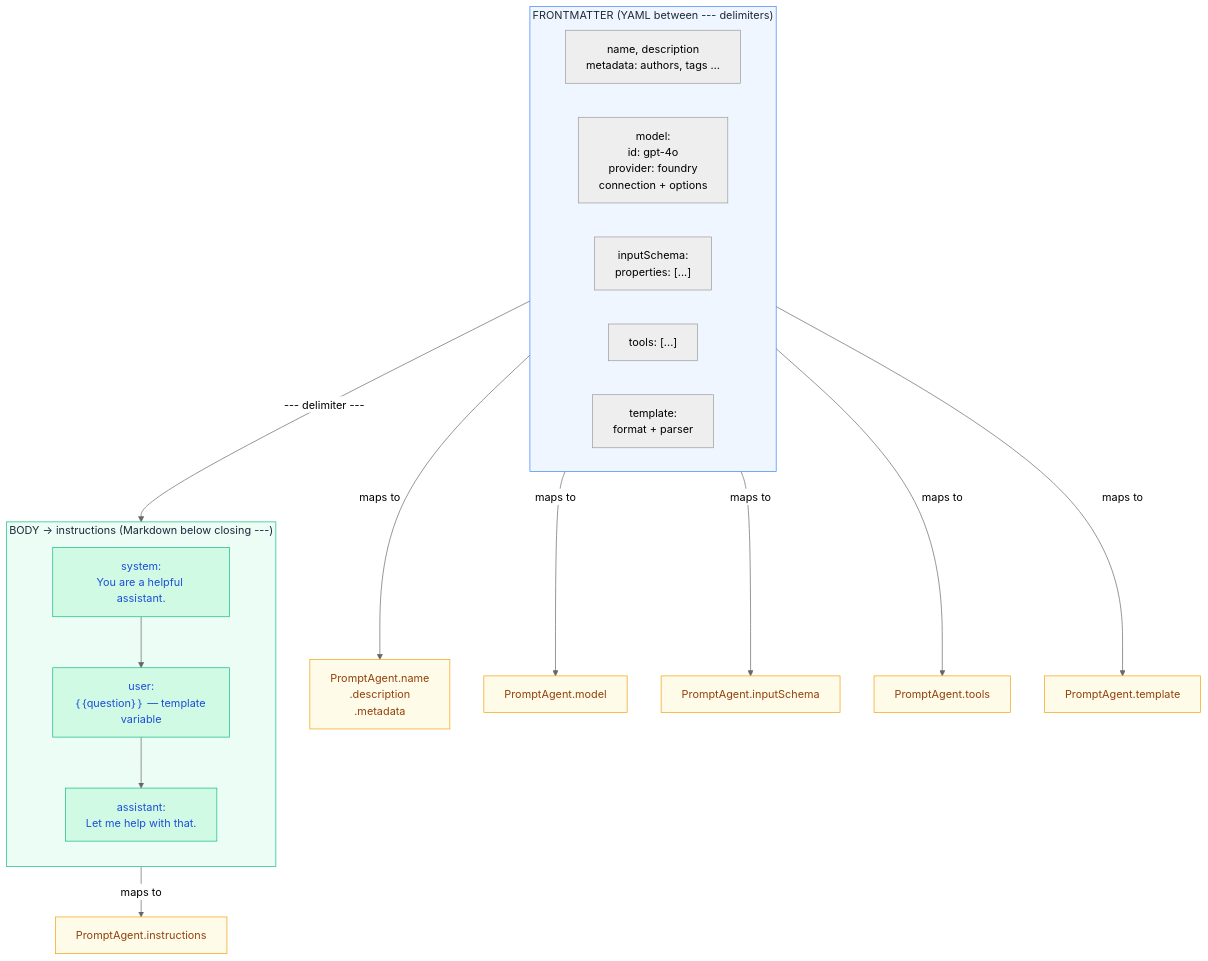
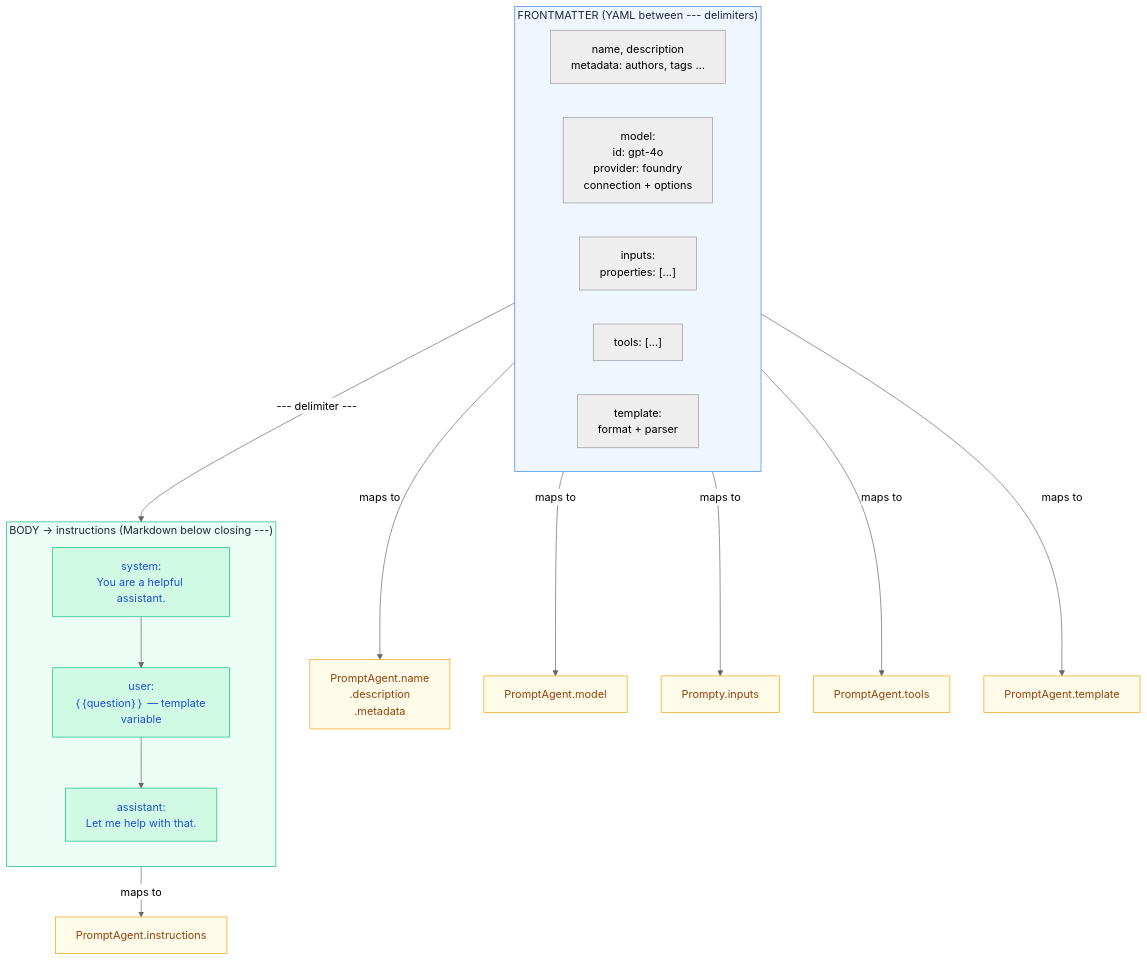
The diagram in web/src/content/docs/core-concepts/file-format.mdx (microsoft/prompty), drawn with Mermaid (neutral theme) before and after one commit. The commit also changed other lines of this file and 20 other files, not shown here.

````diff
--- a/web/src/content/docs/core-concepts/file-format.mdx
+++ b/web/src/content/docs/core-concepts/file-format.mdx
@@ -33,40 +33,40 @@
 ```mermaid
 flowchart TD
     subgraph FM["FRONTMATTER (YAML between --- delimiters)"]
         direction LR
         Identity["name, description\nmetadata: authors, tags …"]
         ModelCfg["model:\nid: gpt-4o\nprovider: foundry\nconnection + options"]
-        Inputs["inputSchema:\nproperties: [...]"]
+        Inputs["inputs:\nproperties: [...]"]
         Tools["tools: [...]"]
         Template["template:\nformat + parser"]
     end
 
     subgraph Body["BODY → instructions (Markdown below closing ---)"]
         direction TB
         System["system:\nYou are a helpful assistant."]
         User["user:\n｛｛question｝｝ — template variable"]
         Assistant["assistant:\nLet me help with that."]
         System --> User --> Assistant
     end
 
     FM -- "--- delimiter ---" --> Body
 
     Identity -- maps to --> PA1["PromptAgent.name\n.description\n.metadata"]
     ModelCfg -- maps to --> PA2["PromptAgent.model"]
-    Inputs -- maps to --> PA3["PromptAgent.inputSchema"]
+    Inputs -- maps to --> PA3["Prompty.inputs"]
     Tools -- maps to --> PA4["PromptAgent.tools"]
     Template -- maps to --> PA5["PromptAgent.template"]
     Body -- maps to --> PA6["PromptAgent.instructions"]
 
     style FM fill:#eff6ff,stroke:#3b82f6,color:#1e293b
     style Body fill:#ecfdf5,stroke:#10b981,color:#1e293b
     style System fill:#d1fae5,stroke:#10b981,color:#1d4ed8
     style User fill:#d1fae5,stroke:#10b981,color:#1d4ed8
     style Assistant fill:#d1fae5,stroke:#10b981,color:#1d4ed8
     style PA1 fill:#fefce8,stroke:#f59e0b,color:#92400e
     style PA2 fill:#fefce8,stroke:#f59e0b,color:#92400e
     style PA3 fill:#fefce8,stroke:#f59e0b,color:#92400e
     style PA4 fill:#fefce8,stroke:#f59e0b,color:#92400e
     style PA5 fill:#fefce8,stroke:#f59e0b,color:#92400e
     style PA6 fill:#fefce8,stroke:#f59e0b,color:#92400e
 ```
````
